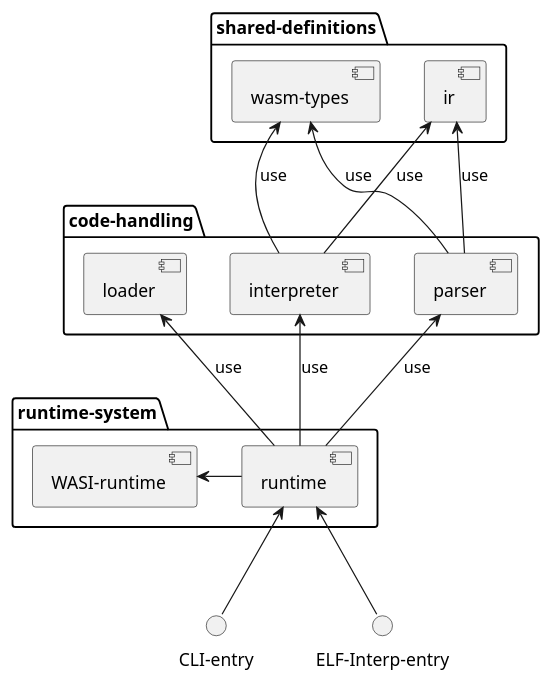
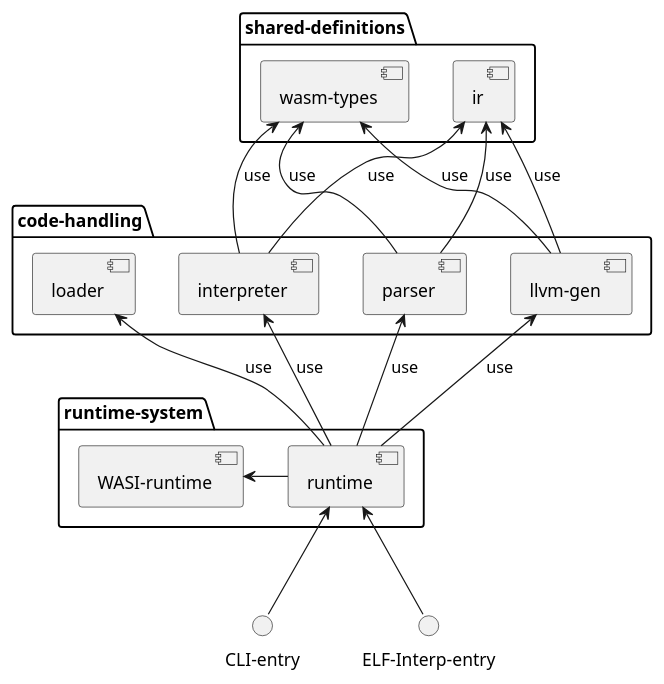
Before and after one commit to EPD-WASM/WASMine: the diagram in README.md, drawn with PlantUML. The commit also changed other lines of this file and 31 other files, not shown here.

````diff
--- a/README.md
+++ b/README.md
@@ -59,33 +66,38 @@
 ```plantuml
 @startuml
 package shared-definitions {
     component "wasm-types"
     component ir
 }
 
 package code-handling {
     component parser
     parser -up-> ir : use
     parser -up-> "wasm-types" : use
 
     component interpreter
     interpreter -up-> ir : use
     interpreter -up-> "wasm-types" : use
 
     component loader
+
+    component "llvm-gen"
+    "llvm-gen" -up-> ir : use
+    "llvm-gen" -up-> "wasm-types" : use
 }
 
 package runtime-system {
     component "WASI-runtime"
 
     component runtime
     runtime -up-> parser : use
     runtime -up-> interpreter : use
+    runtime -up-> "llvm-gen" : use
     runtime -up-> loader : use
     runtime -left-> "WASI-runtime"
 }
 
 "CLI-entry" -up-> runtime
 "ELF-Interp-entry" -up-> runtime
 @enduml
 ```
````
